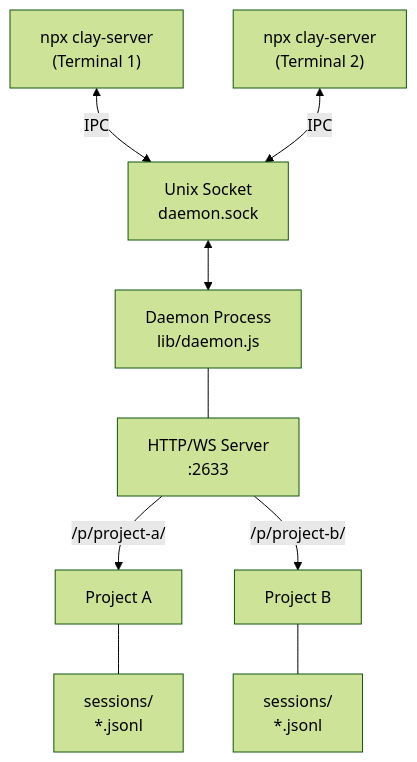
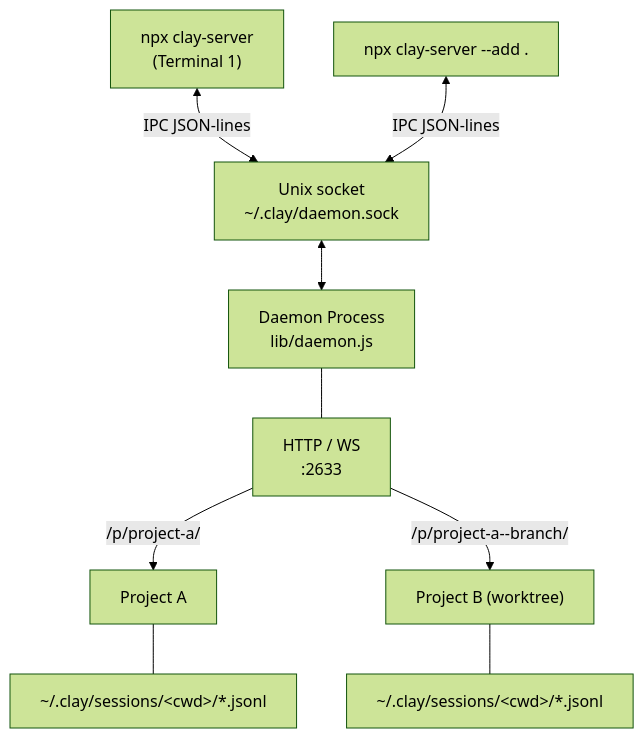
Before and after one commit to browntea/clay: the second of 5 diagrams in docs/guides/architecture.md, drawn with Mermaid (forest theme). The commit also changed other lines of this file and 1 other file, not shown here.

First line of the commit message:
docs(architecture): rewrite around YOKE, multi-user, and Codex

````diff
--- a/docs/guides/architecture.md
+++ b/docs/guides/architecture.md
@@ -55,21 +48,21 @@
 ```mermaid
 graph TB
     CLI1["npx clay-server<br/>(Terminal 1)"]
-    CLI2["npx clay-server<br/>(Terminal 2)"]
-    IPC["Unix Socket<br/>daemon.sock"]
+    CLI2["npx clay-server --add ."]
+    IPC["Unix socket<br/>~/.clay/daemon.sock"]
     Daemon["Daemon Process<br/>lib/daemon.js"]
-    HTTP["HTTP/WS Server<br/>:2633"]
+    HTTP["HTTP / WS<br/>:2633"]
     P1["Project A"]
-    P2["Project B"]
-    Sessions1["sessions/<br/>*.jsonl"]
-    Sessions2["sessions/<br/>*.jsonl"]
+    P2["Project B (worktree)"]
+    Sessions1["~/.clay/sessions/&lt;cwd&gt;/*.jsonl"]
+    Sessions2["~/.clay/sessions/&lt;cwd&gt;/*.jsonl"]
 
-    CLI1 <-->|IPC| IPC
-    CLI2 <-->|IPC| IPC
+    CLI1 <-->|IPC JSON-lines| IPC
+    CLI2 <-->|IPC JSON-lines| IPC
     IPC <--> Daemon
     Daemon --- HTTP
     HTTP -->|/p/project-a/| P1
-    HTTP -->|/p/project-b/| P2
+    HTTP -->|/p/project-a--branch/| P2
     P1 --- Sessions1
     P2 --- Sessions2
 ```
````
